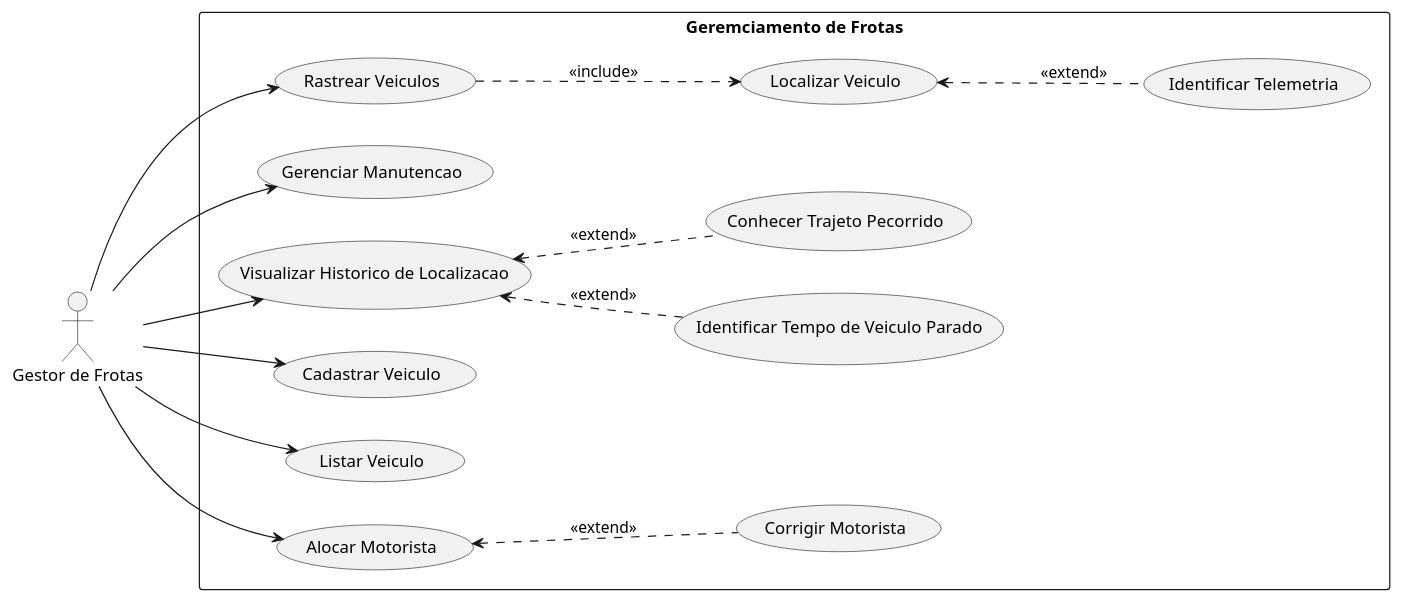
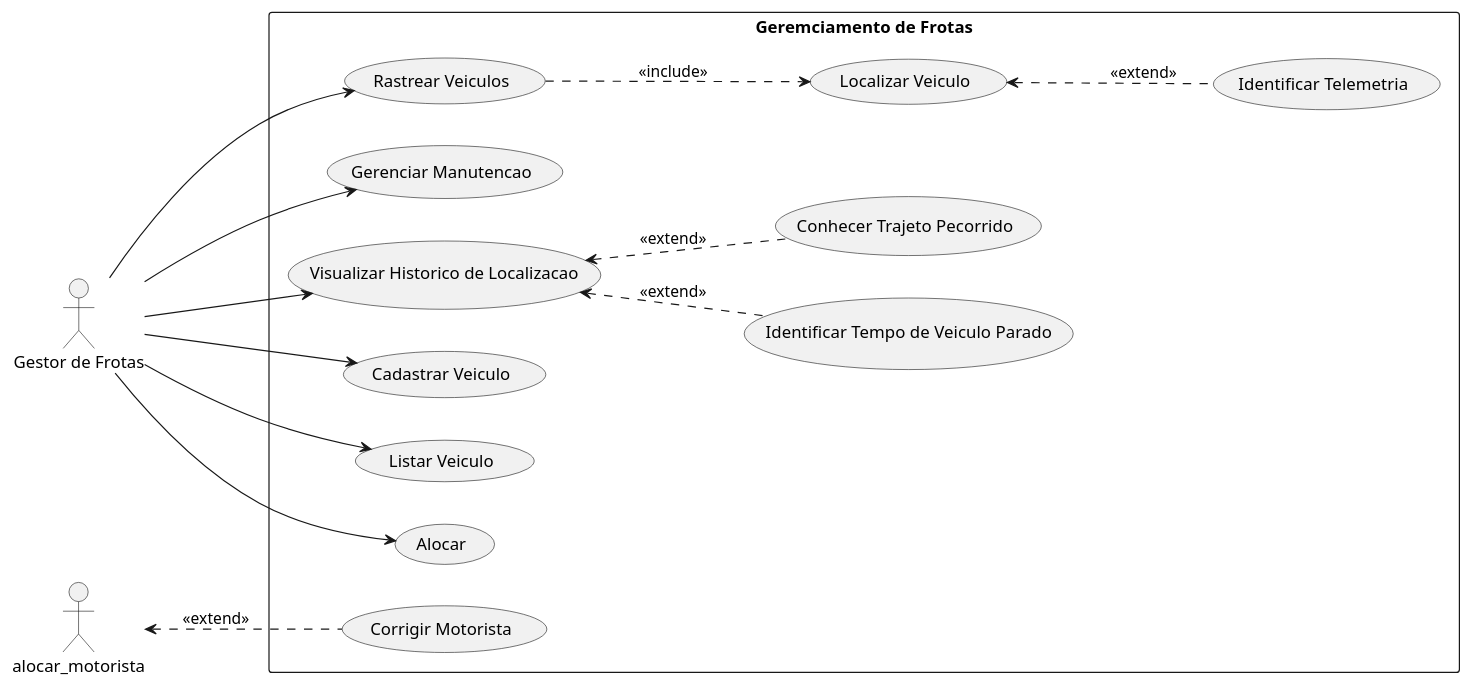
Before and after one commit to Pollyanadias/Sistema-de-Gerenciamento-de-Frotas: the diagram in Gerenciamento de Frotas/Diagrama de caso e uso.iuml, drawn with PlantUML.

Commit message:
Update Diagrama de caso e uso.iuml

```diff
--- a/Gerenciamento de Frotas/Diagrama de caso e uso.iuml
+++ b/Gerenciamento de Frotas/Diagrama de caso e uso.iuml
@@ -1,35 +1,35 @@
 @startuml Diagrama
 
 left to right direction
 
 :Gestor de Frotas: as gestor_de_frotas
 
 rectangle "Geremciamento de Frotas"{
     (Rastrear Veiculos) as rastrear_veiculos
     (Gerenciar Manutencao) as gerenciar_manutencao
     (Visualizar Historico de Localizacao) as visualizar_historico_de_localizacao
     (Localizar Veiculo) as localizar_veiculo
     (Identificar Telemetria) as identificar_telemetria
     (Identificar Tempo de Veiculo Parado) as identificar_tempo_de_veiculo_parado
     (Conhecer Trajeto Pecorrido) as conhecer_trajeto_pecorrido
     (Cadastrar Veiculo) as cadastrar_veiculo
     (Listar Veiculo) as listar_veiculo
-    (Alocar Motorista) as alocar_motorista
+    (Alocar) as alocar
     (Corrigir Motorista) as corrigir_motorista
 } 
 
 gestor_de_frotas --> rastrear_veiculos
 gestor_de_frotas --> gerenciar_manutencao
 gestor_de_frotas --> visualizar_historico_de_localizacao
-gestor_de_frotas --> alocar_motorista
+gestor_de_frotas --> alocar
 gestor_de_frotas --> cadastrar_veiculo
 gestor_de_frotas --> listar_veiculo
 
 visualizar_historico_de_localizacao <.. identificar_tempo_de_veiculo_parado: <<extend>>
 visualizar_historico_de_localizacao <.. conhecer_trajeto_pecorrido: <<extend>>
 rastrear_veiculos ..> localizar_veiculo: <<include>>
 localizar_veiculo <.. identificar_telemetria: <<extend>>
 
 alocar_motorista <.. corrigir_motorista: <<extend>>
 
 @enduml
```
